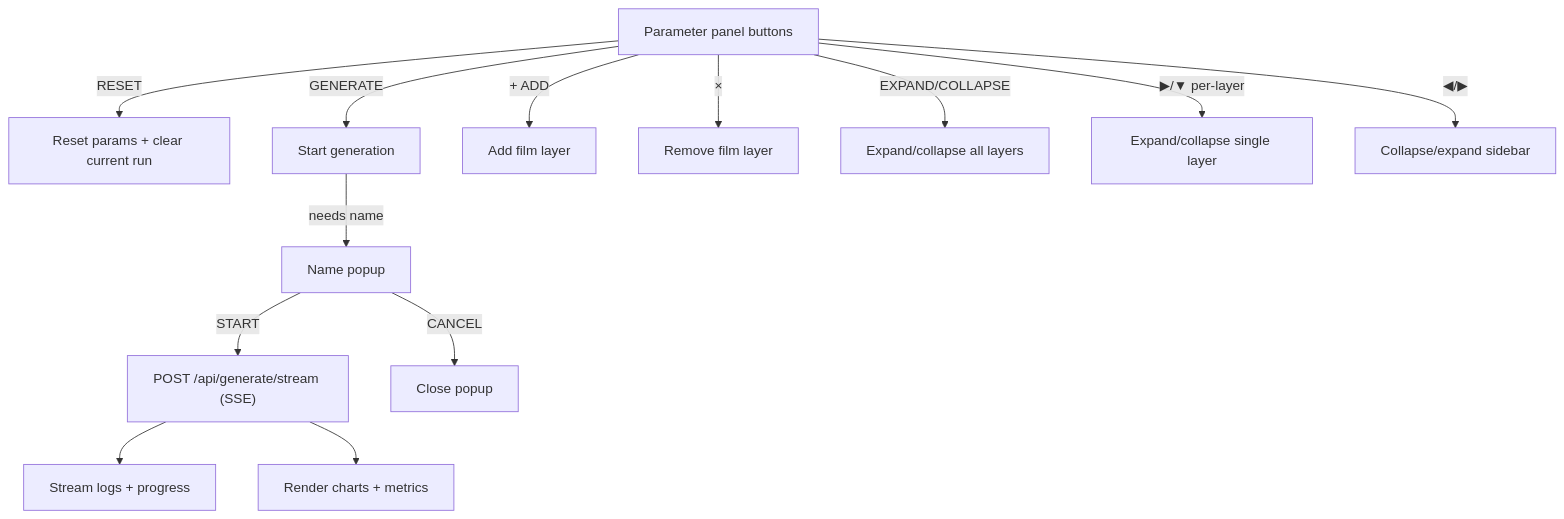
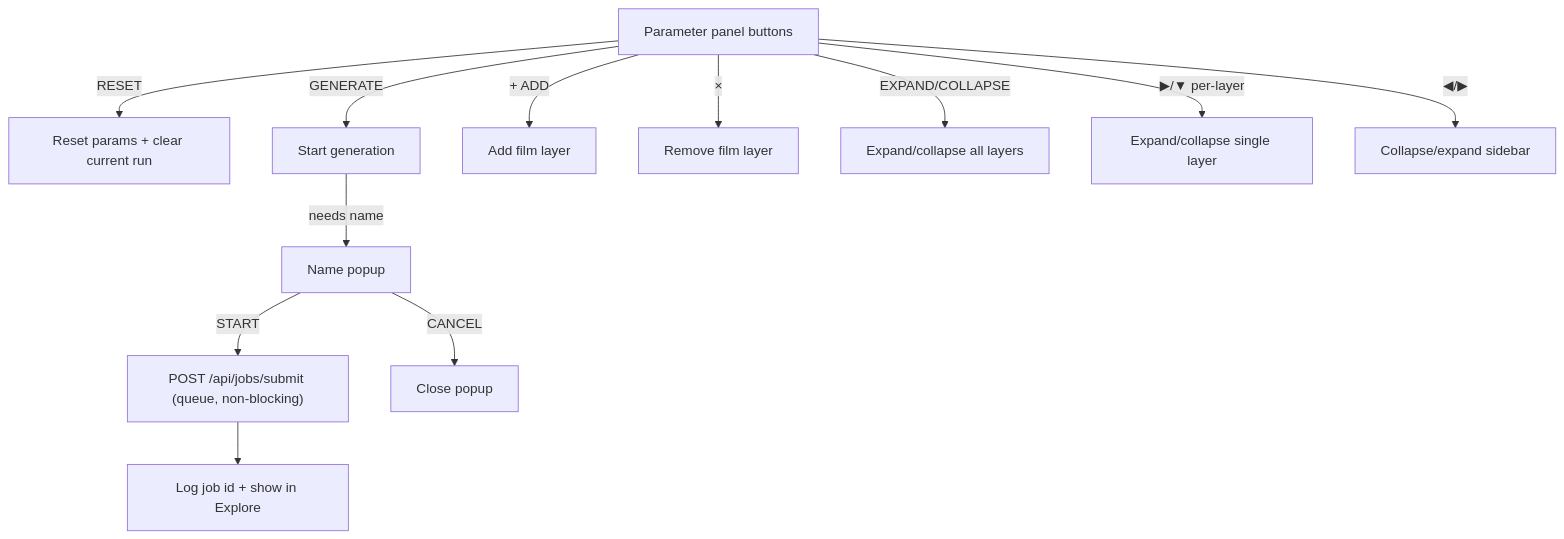
One commit to Northeastern-Research-ORNL-1/pyreflect-interface changed the sixth of 11 diagrams in README.md. Above: the diagram before and after it, drawn with Mermaid. The commit also changed other lines of this file and 20 other files, not shown here.

````diff
--- a/README.md
+++ b/README.md
@@ -198,15 +209,14 @@
 ```mermaid
 flowchart TD
   P[Parameter panel buttons] -->|RESET| RST[Reset params + clear current run]
   P -->|GENERATE| GEN[Start generation]
   GEN -->|needs name| POP[Name popup]
-  POP -->|START| RUN["POST /api/generate/stream (SSE)"]
+  POP -->|START| RUN["POST /api/jobs/submit (queue, non-blocking)"]
   POP -->|CANCEL| STOP[Close popup]
-  RUN --> LOGS[Stream logs + progress]
-  RUN --> RES[Render charts + metrics]
+  RUN --> QLOG[Log job id + show in Explore]
   P -->|+ ADD| ADDL[Add film layer]
   P -->|×| RML[Remove film layer]
   P -->|EXPAND/COLLAPSE| LAY[Expand/collapse all layers]
   P -->|▶/▼ per-layer| LAY1[Expand/collapse single layer]
   P -->|◀/▶| SIDE[Collapse/expand sidebar]
 ```
````
